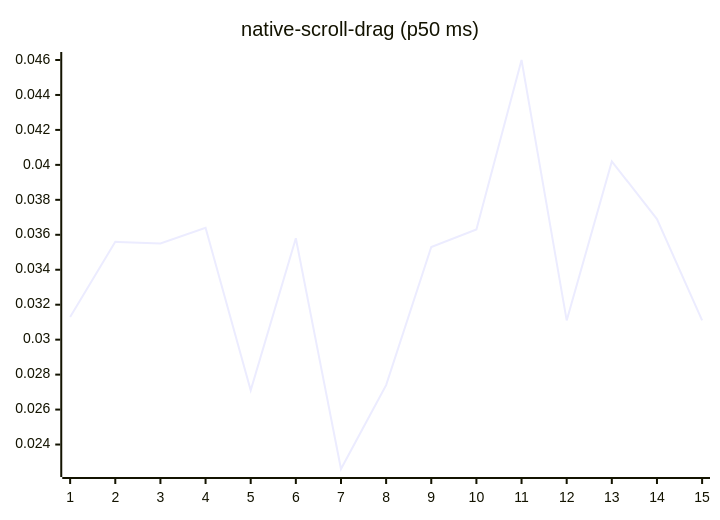
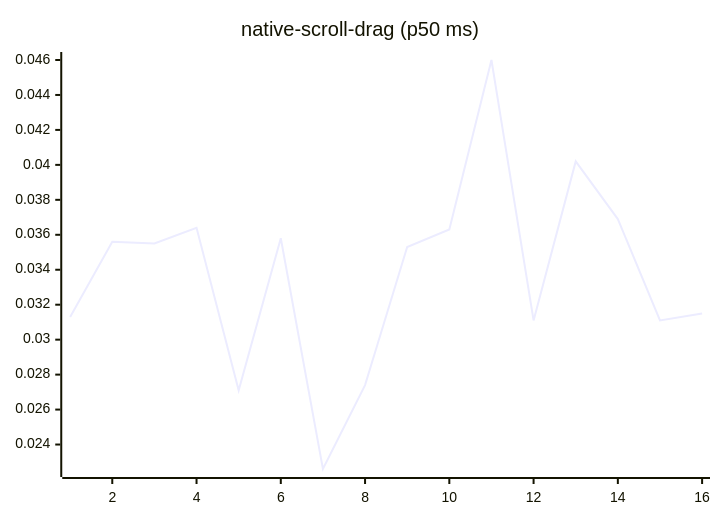
Before and after one commit to josha/Facet: diagram 14 of 27 in README.md, drawn with Mermaid. The commit also changed other lines of this file and 2 other files, not shown here.

````diff
--- a/README.md
+++ b/README.md
@@ -154,6 +154,6 @@
 ```mermaid
 xychart-beta
     title "native-scroll-drag (p50 ms)"
-    x-axis 1 --> 15
-    line [0.0313, 0.0356, 0.0355, 0.0364, 0.0271, 0.0358, 0.0226, 0.0274, 0.0353, 0.0363, 0.0460, 0.0311, 0.0402, 0.0369, 0.0311]
+    x-axis 1 --> 16
+    line [0.0313, 0.0356, 0.0355, 0.0364, 0.0271, 0.0358, 0.0226, 0.0274, 0.0353, 0.0363, 0.0460, 0.0311, 0.0402, 0.0369, 0.0311, 0.0315]
 ```
````
